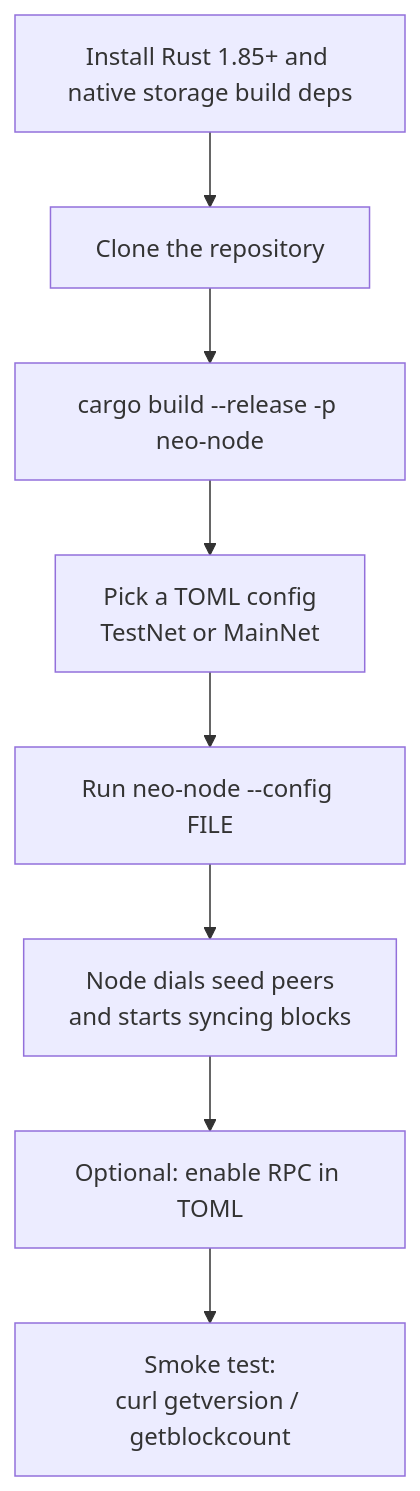
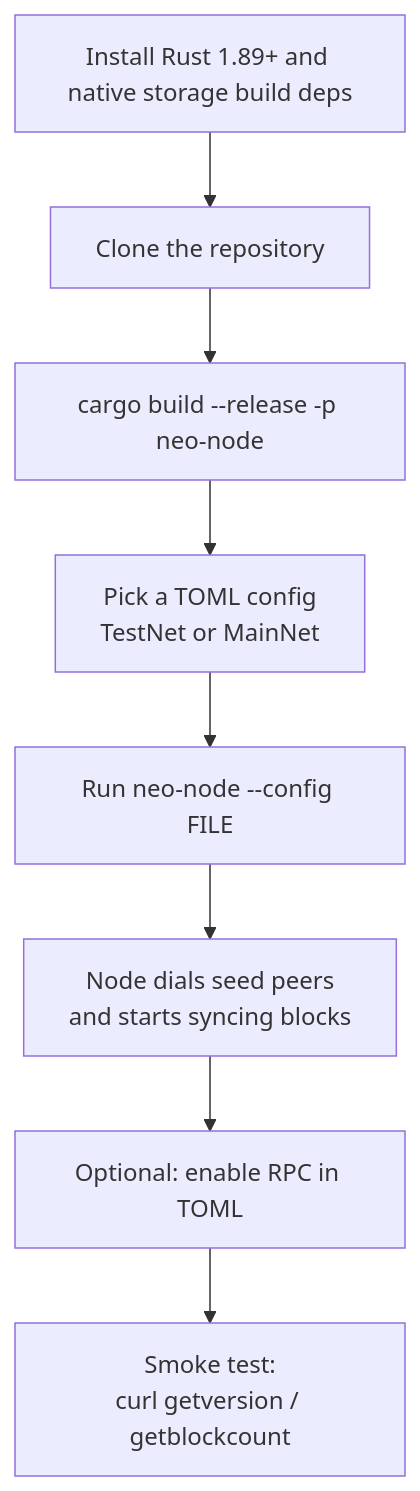
The diagram in docs/getting-started.md (r3e-network/neo-rs), drawn with Mermaid before and after one commit. The commit also changed other lines of this file and 64 other files, not shown here.

````diff
--- a/docs/getting-started.md
+++ b/docs/getting-started.md
@@ -15,10 +15,10 @@
 ```mermaid
 flowchart TD
-    A[Install Rust 1.85+ and native storage build deps] --> B[Clone the repository]
+    A[Install Rust 1.89+ and native storage build deps] --> B[Clone the repository]
     B --> C[cargo build --release -p neo-node]
     C --> D[Pick a TOML config<br/>TestNet or MainNet]
     D --> E[Run neo-node --config FILE]
     E --> F[Node dials seed peers<br/>and starts syncing blocks]
     F --> G[Optional: enable RPC in TOML]
     G --> H[Smoke test:<br/>curl getversion / getblockcount]
 ```
````
